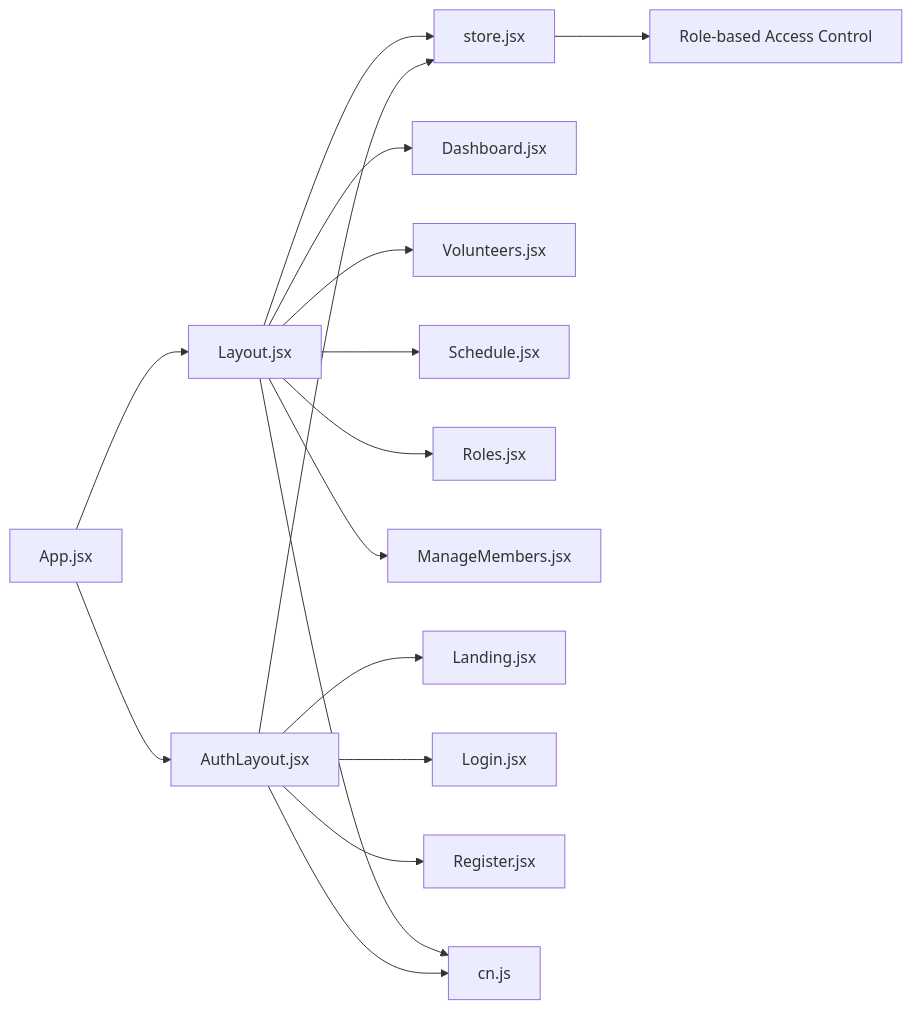
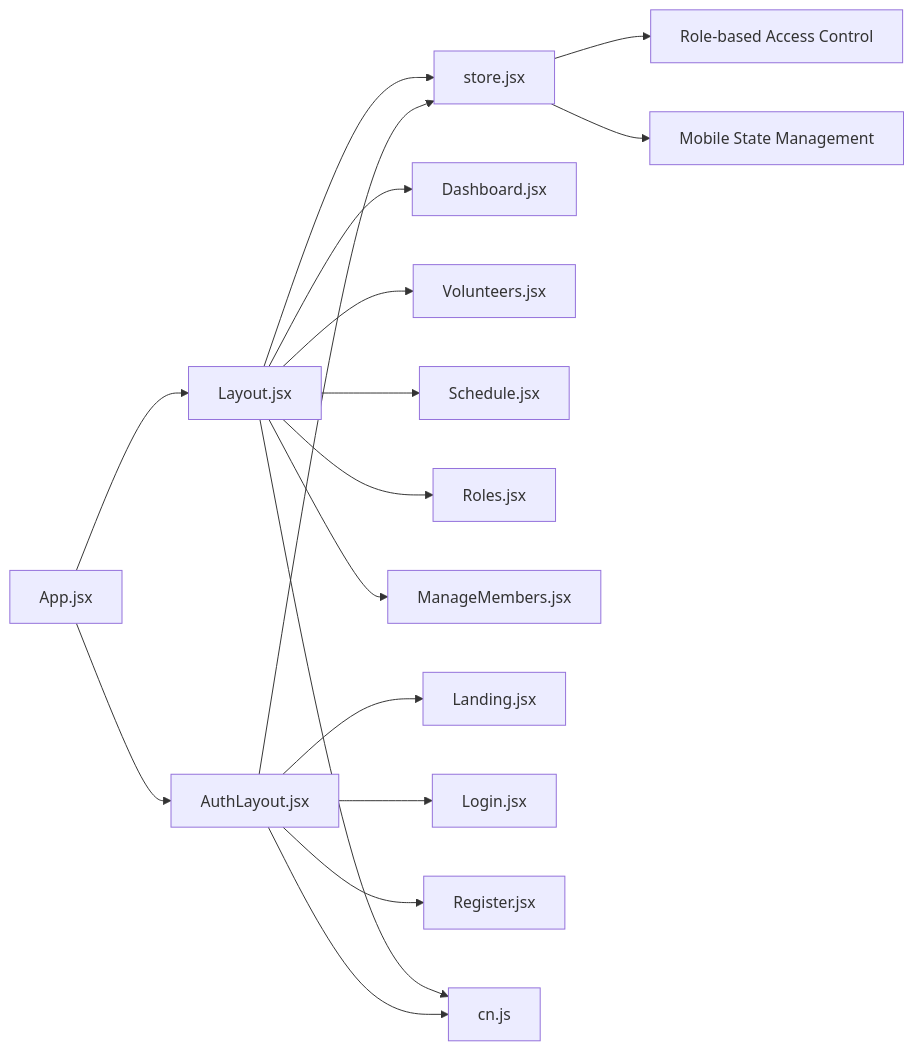
Before and after one commit to netdaniel/serveflow: the fifth of 5 diagrams in .qoder/repowiki/en/content/Component Architecture/Layout System.md, drawn with Mermaid. The commit also changed other lines of this file and 12 other files, not shown here.

````diff
--- a/.qoder/repowiki/en/content/Component Architecture/Layout System.md
+++ b/.qoder/repowiki/en/content/Component Architecture/Layout System.md
@@ -367,18 +417,19 @@
 ```mermaid
 graph LR
 App["App.jsx"] --> Layout["Layout.jsx"]
 App --> AuthLayout["AuthLayout.jsx"]
 Layout --> Store["store.jsx"]
 AuthLayout --> Store
 Layout --> Dashboard["Dashboard.jsx"]
 Layout --> Volunteers["Volunteers.jsx"]
 Layout --> Schedule["Schedule.jsx"]
 Layout --> Roles["Roles.jsx"]
 Layout --> ManageMembers["ManageMembers.jsx"]
 AuthLayout --> Landing["Landing.jsx"]
 AuthLayout --> Login["Login.jsx"]
 AuthLayout --> Register["Register.jsx"]
 Layout --> CN["cn.js"]
 AuthLayout --> CN
 Store --> RoleAccess["Role-based Access Control"]
+Store --> MobileState["Mobile State Management"]
 ```
````
